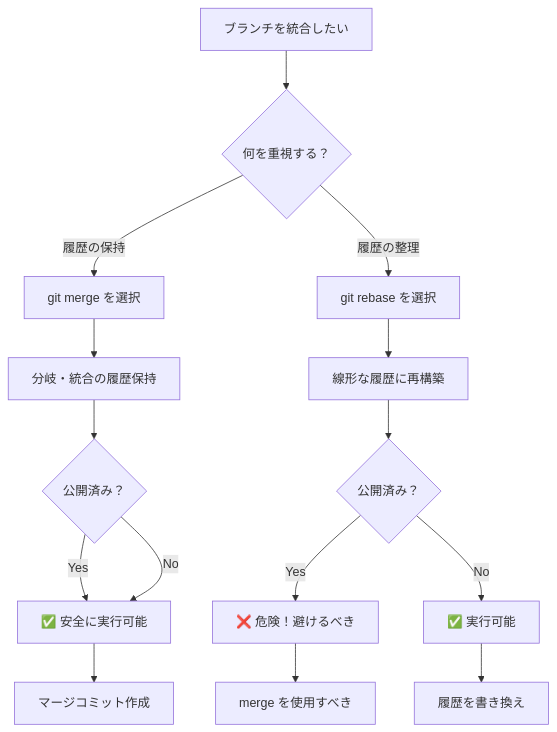
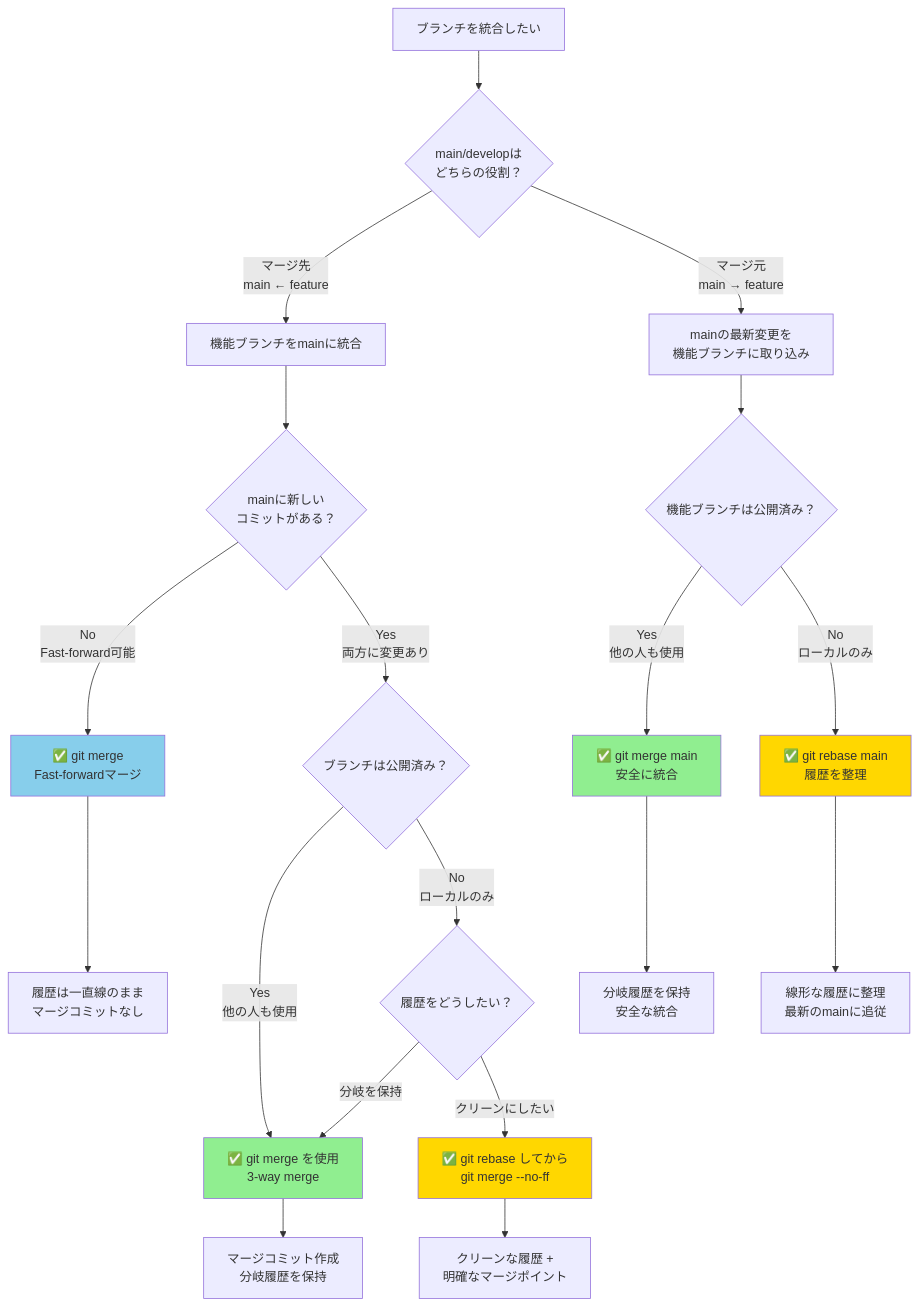
The seventh of 9 diagrams in docs/03-merge-vs-rebase.md (L40S38/git_practice), drawn with Mermaid before and after one commit. The commit also changed other lines of this file, not shown here.

Commit message:
03 merge-problem explained

````diff
--- a/docs/03-merge-vs-rebase.md
+++ b/docs/03-merge-vs-rebase.md
@@ -247,22 +247,33 @@
 ```mermaid
 flowchart TD
-    A[ブランチを統合したい] --> B{何を重視する？}
+    A[ブランチを統合したい] --> B{main/developは<br/>どちらの役割？}
     
-    B -->|履歴の保持| C[git merge を選択]
-    B -->|履歴の整理| D[git rebase を選択]
+    B -->|マージ先<br/>main ← feature| C[機能ブランチをmainに統合]
+    B -->|マージ元<br/>main → feature| D[mainの最新変更を<br/>機能ブランチに取り込み]
     
-    C --> E[分岐・統合の履歴保持]
-    D --> F[線形な履歴に再構築]
+    C --> E{mainに新しい<br/>コミットがある？}
+    E -->|No<br/>Fast-forward可能| F[✅ git merge<br/>Fast-forwardマージ]
+    E -->|Yes<br/>両方に変更あり| G{ブランチは公開済み？}
     
-    E --> G{公開済み？}
-    F --> H{公開済み？}
+    G -->|Yes<br/>他の人も使用| H[✅ git merge を使用<br/>3-way merge]
+    G -->|No<br/>ローカルのみ| I{履歴をどうしたい？}
     
-    G -->|Yes| I[✅ 安全に実行可能]
-    G -->|No| I
-    H -->|Yes| J[❌ 危険！避けるべき]
-    H -->|No| K[✅ 実行可能]
+    I -->|分岐を保持| H
+    I -->|クリーンにしたい| J[✅ git rebase してから<br/>git merge --no-ff]
     
-    I --> L[マージコミット作成]
-    K --> M[履歴を書き換え]
-    J --> N[merge を使用すべき]
+    D --> K{機能ブランチは公開済み？}
+    K -->|Yes<br/>他の人も使用| L[✅ git merge main<br/>安全に統合]
+    K -->|No<br/>ローカルのみ| M[✅ git rebase main<br/>履歴を整理]
+    
+    F --> N[履歴は一直線のまま<br/>マージコミットなし]
+    H --> O[マージコミット作成<br/>分岐履歴を保持]
+    J --> P[クリーンな履歴 + <br/>明確なマージポイント]
+    L --> Q[分岐履歴を保持<br/>安全な統合]
+    M --> R[線形な履歴に整理<br/>最新のmainに追従]
+    
+    style F fill:#87CEEB
+    style H fill:#90EE90
+    style J fill:#FFD700
+    style L fill:#90EE90
+    style M fill:#FFD700
 ```
````
